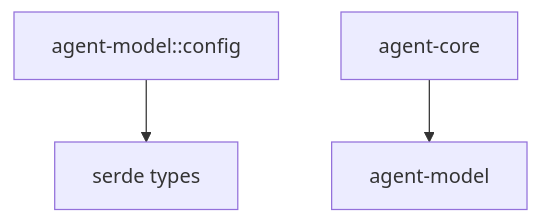
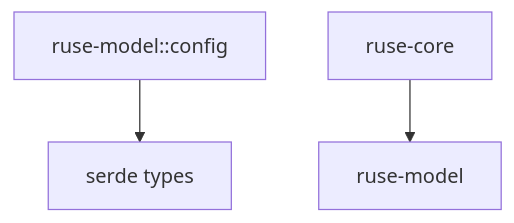
The diagram in docs/specs/M13-01-provider-config.spec.md (poneding/agent), drawn with Mermaid before and after one commit. The commit also changed other lines of this file and 2091 other files, not shown here.

First line of the commit message:
refactor: rename agent branding to ruse

````diff
--- a/docs/specs/M13-01-provider-config.spec.md
+++ b/docs/specs/M13-01-provider-config.spec.md
@@ -35,5 +35,5 @@
 ```mermaid
 flowchart TD
-  config["agent-model::config"] --> types["serde types"]
-  core["agent-core"] --> model["agent-model"]
+  config["ruse-model::config"] --> types["serde types"]
+  core["ruse-core"] --> model["ruse-model"]
 ```
````
